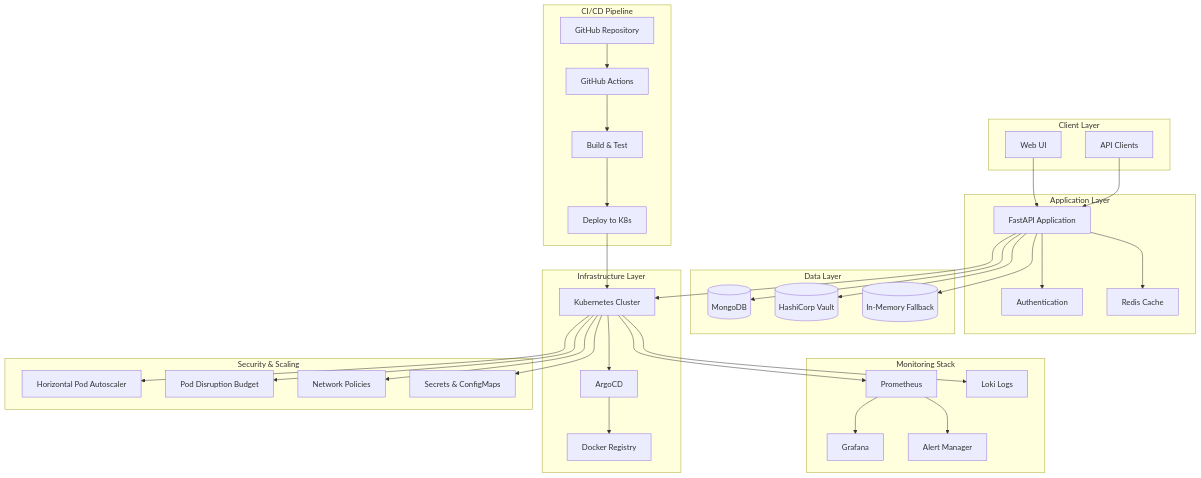
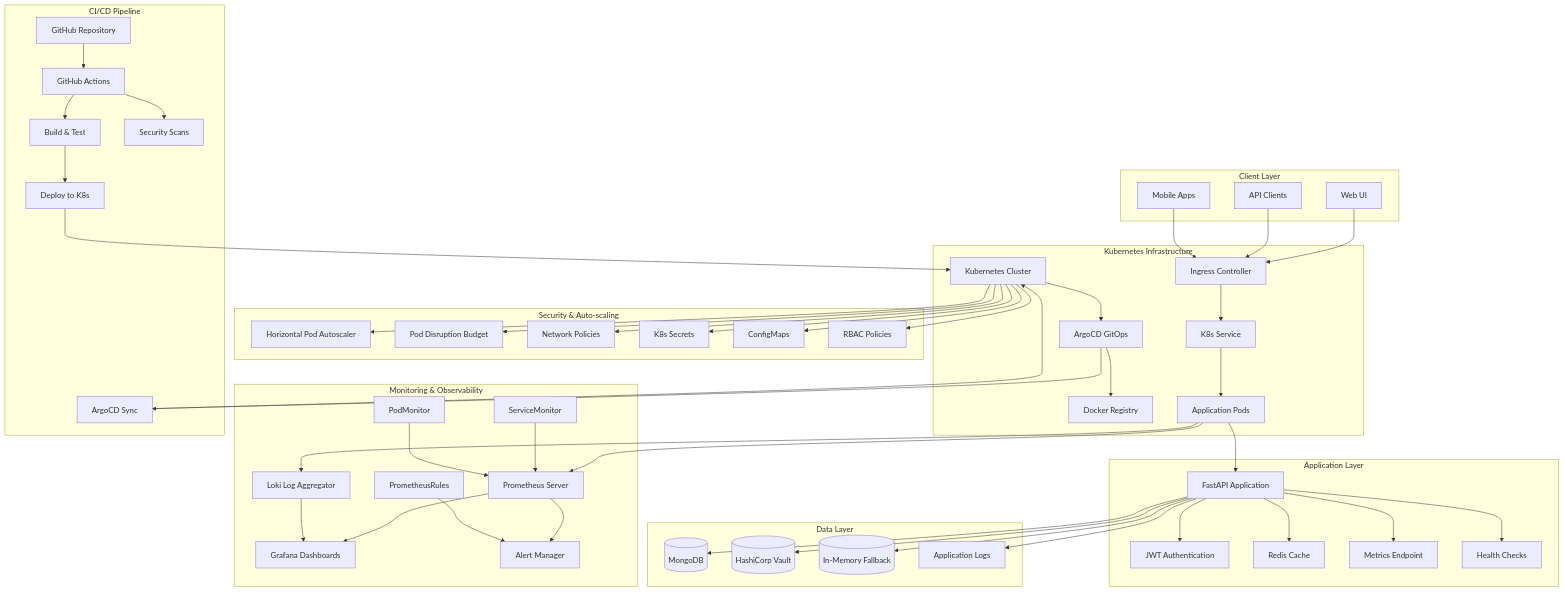
The first of 6 diagrams in README.md (bonaventuresimeon/NativeSeries), drawn with Mermaid before and after one commit. The commit also changed other lines of this file, not shown here.

Commit message:
Update architecture diagrams with detailed monitoring, security, and scaling components

````diff
--- a/README.md
+++ b/README.md
@@ -93,67 +93,99 @@
     subgraph "Client Layer"
         UI[Web UI]
         API[API Clients]
+        Mobile[Mobile Apps]
     end
     
     subgraph "Application Layer"
         FastAPI[FastAPI Application]
-        Auth[Authentication]
+        Auth[JWT Authentication]
         Cache[Redis Cache]
+        Metrics[Metrics Endpoint]
+        Health[Health Checks]
     end
     
     subgraph "Data Layer"
         MongoDB[(MongoDB)]
         Vault[(HashiCorp Vault)]
         Memory[(In-Memory Fallback)]
+        Logs[Application Logs]
     end
     
-    subgraph "Infrastructure Layer"
+    subgraph "Kubernetes Infrastructure"
         K8s[Kubernetes Cluster]
-        ArgoCD[ArgoCD]
+        ArgoCD[ArgoCD GitOps]
         Docker[Docker Registry]
+        Ingress[Ingress Controller]
+        Service[K8s Service]
+        Pod[Application Pods]
     end
     
-    subgraph "Monitoring Stack"
-        Prometheus[Prometheus]
-        Grafana[Grafana]
-        Loki[Loki Logs]
+    subgraph "Monitoring & Observability"
+        Prometheus[Prometheus Server]
+        Grafana[Grafana Dashboards]
+        Loki[Loki Log Aggregator]
         AlertManager[Alert Manager]
+        ServiceMonitor[ServiceMonitor]
+        PodMonitor[PodMonitor]
+        PrometheusRule[PrometheusRules]
     end
     
-    subgraph "Security & Scaling"
+    subgraph "Security & Auto-scaling"
         HPA[Horizontal Pod Autoscaler]
         PDB[Pod Disruption Budget]
         NetworkPolicy[Network Policies]
-        Secrets[Secrets & ConfigMaps]
+        Secrets[K8s Secrets]
+        ConfigMaps[ConfigMaps]
+        RBAC[RBAC Policies]
     end
     
     subgraph "CI/CD Pipeline"
         GitHub[GitHub Repository]
         Actions[GitHub Actions]
         Build[Build & Test]
+        Security[Security Scans]
         Deploy[Deploy to K8s]
+        Sync[ArgoCD Sync]
     end
     
-    UI --> FastAPI
-    API --> FastAPI
+    UI --> Ingress
+    API --> Ingress
+    Mobile --> Ingress
+    Ingress --> Service
+    Service --> Pod
+    Pod --> FastAPI
     FastAPI --> Auth
     FastAPI --> Cache
+    FastAPI --> Metrics
+    FastAPI --> Health
     FastAPI --> MongoDB
     FastAPI --> Vault
     FastAPI --> Memory
-    FastAPI --> K8s
+    FastAPI --> Logs
+    
+    Pod --> Prometheus
+    Pod --> Loki
+    ServiceMonitor --> Prometheus
+    PodMonitor --> Prometheus
+    Prometheus --> Grafana
+    Prometheus --> AlertManager
+    PrometheusRule --> AlertManager
+    Loki --> Grafana
+    
     K8s --> ArgoCD
     ArgoCD --> Docker
-    K8s --> Prometheus
-    Prometheus --> Grafana
-    K8s --> Loki
-    Prometheus --> AlertManager
     K8s --> HPA
     K8s --> PDB
     K8s --> NetworkPolicy
     K8s --> Secrets
+    K8s --> ConfigMaps
+    K8s --> RBAC
+    
     GitHub --> Actions
     Actions --> Build
+    Actions --> Security
     Build --> Deploy
     Deploy --> K8s
+    ArgoCD --> Sync
+    Sync --> K8s
 ```
````
